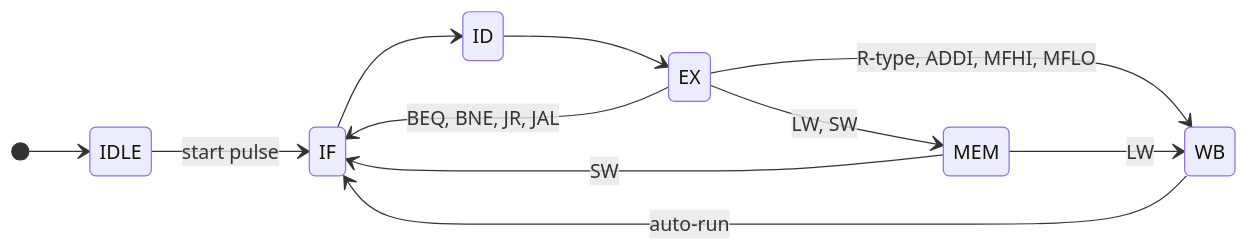
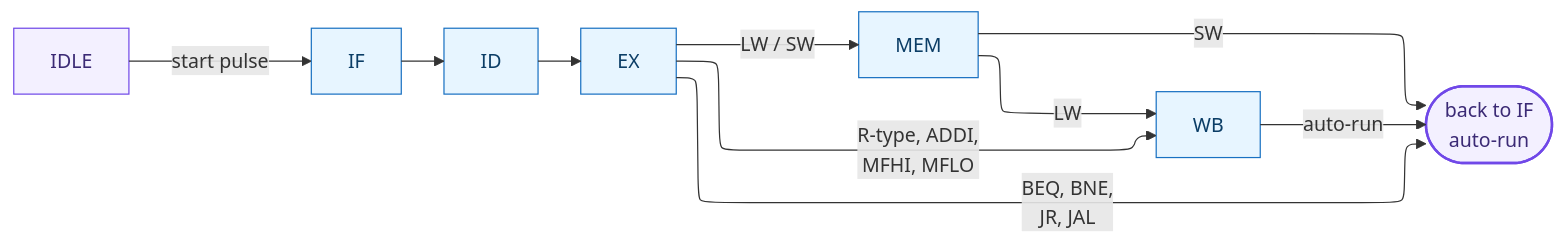
Before and after one commit to AtikRahat/mips-multi-cycle-cpu: the third of 11 diagrams in ARCHITECTURE.md, drawn with Mermaid. The commit also changed other lines of this file and 24 other files, not shown here.

````diff
--- a/ARCHITECTURE.md
+++ b/ARCHITECTURE.md
@@ -225,18 +231,25 @@
 ```mermaid
-stateDiagram-v2
-    direction LR
+%%{init: {"flowchart": {"defaultRenderer": "elk"}} }%%
+flowchart LR
+    IDLE["IDLE"] -->|start pulse| IF["IF"]
+    IF --> ID["ID"]
+    ID --> EX["EX"]
 
-    [*] --> IDLE
-    IDLE --> IF : start pulse
-    IF --> ID
-    ID --> EX
+    EX -->|"R-type, ADDI,<br/>MFHI, MFLO"| WB["WB"]
+    EX -->|"LW / SW"| MEM["MEM"]
+    EX -->|"BEQ, BNE,<br/>JR, JAL"| NEXT
 
-    EX --> WB : R-type, ADDI, MFHI, MFLO
-    EX --> MEM : LW, SW
-    EX --> IF : BEQ, BNE, JR, JAL
+    MEM -->|LW| WB
+    MEM -->|SW| NEXT
+    WB -->|auto-run| NEXT
 
-    MEM --> WB : LW
-    MEM --> IF : SW
+    NEXT(["back to IF<br/>auto-run"])
 
-    WB --> IF : auto-run
+    classDef stage fill:#e7f5ff,stroke:#1971c2,color:#0b3d66
+    classDef idle fill:#f3f0ff,stroke:#7048e8,color:#3b2a75
+    classDef hub fill:#f3f0ff,stroke:#7048e8,color:#3b2a75,stroke-width:2px
+
+    class IDLE idle
+    class IF,ID,EX,MEM,WB stage
+    class NEXT hub
 ```
````
